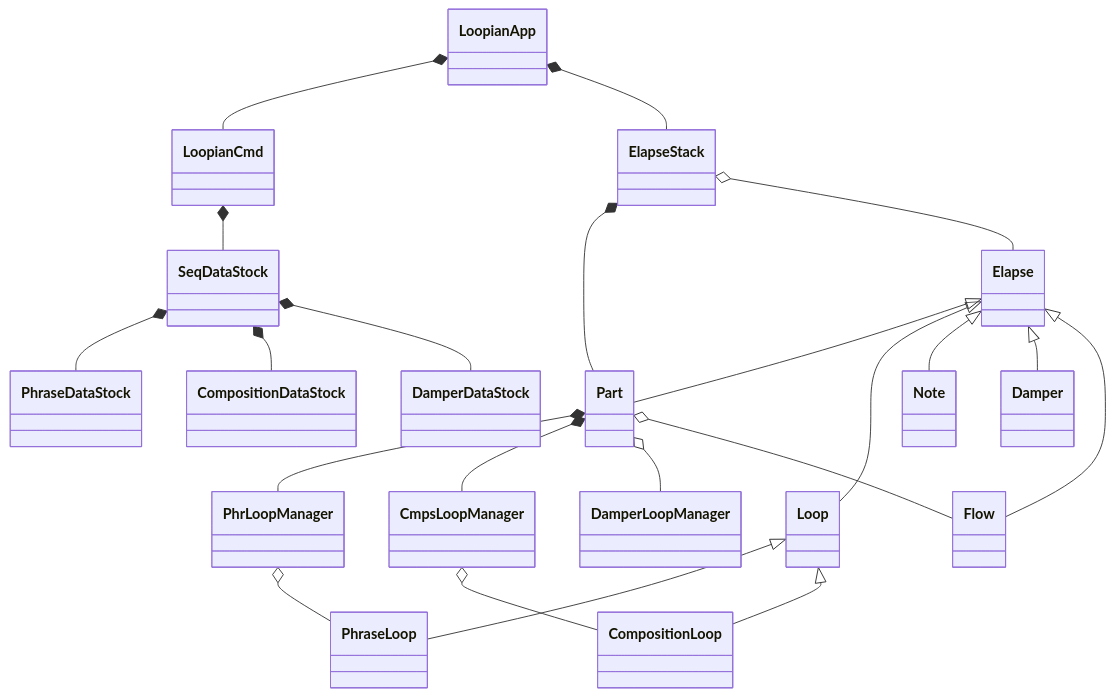
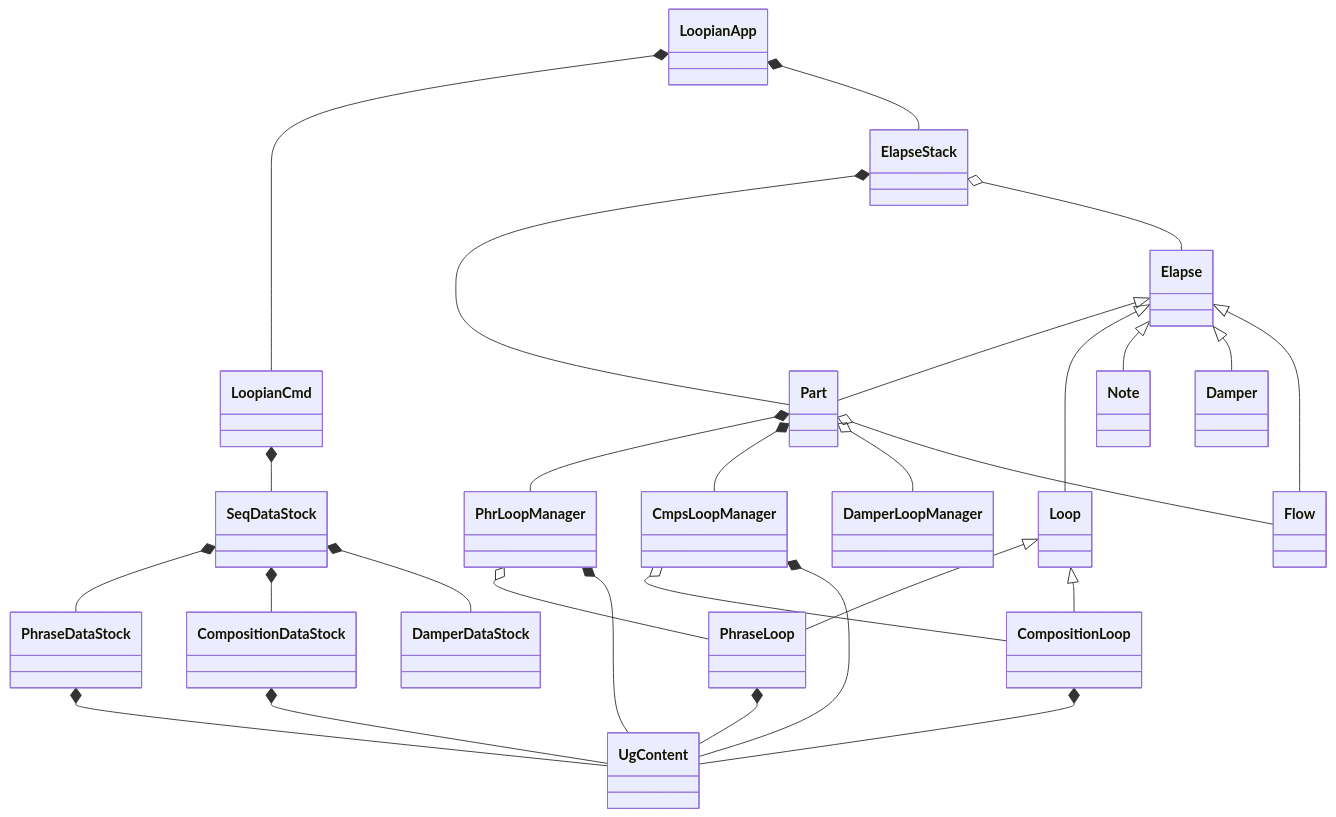
One commit to hasebems/Loopian_Rust changed the diagram in doc/idea.md. Above: the diagram before and after it, drawn with Mermaid. The commit also changed other lines of this file, not shown here.

Commit message:
Variation Phrase 関係の記述追加

````diff
--- a/doc/idea.md
+++ b/doc/idea.md
@@ -105,24 +105,30 @@
 ```mermaid
 classDiagram
 LoopianApp *-- LoopianCmd
 LoopianApp *-- ElapseStack
 Elapse <|-- Part
 Elapse <|-- Loop
 Loop <|-- PhraseLoop
 Loop <|-- CompositionLoop
 Elapse <|-- Note
 Elapse <|-- Damper
 Elapse <|-- Flow
 ElapseStack *-- Part
 ElapseStack o-- Elapse
 LoopianCmd *-- SeqDataStock
 SeqDataStock *-- PhraseDataStock
 SeqDataStock *-- CompositionDataStock
 SeqDataStock *-- DamperDataStock
 Part *-- PhrLoopManager
 Part *-- CmpsLoopManager
 Part o-- DamperLoopManager
 Part o-- Flow
 PhrLoopManager o-- PhraseLoop
 CmpsLoopManager o-- CompositionLoop
+PhrLoopManager *-- UgContent
+CmpsLoopManager *-- UgContent
+PhraseLoop *-- UgContent
+CompositionLoop *-- UgContent
+PhraseDataStock *-- UgContent
+CompositionDataStock *-- UgContent
 ```
````
